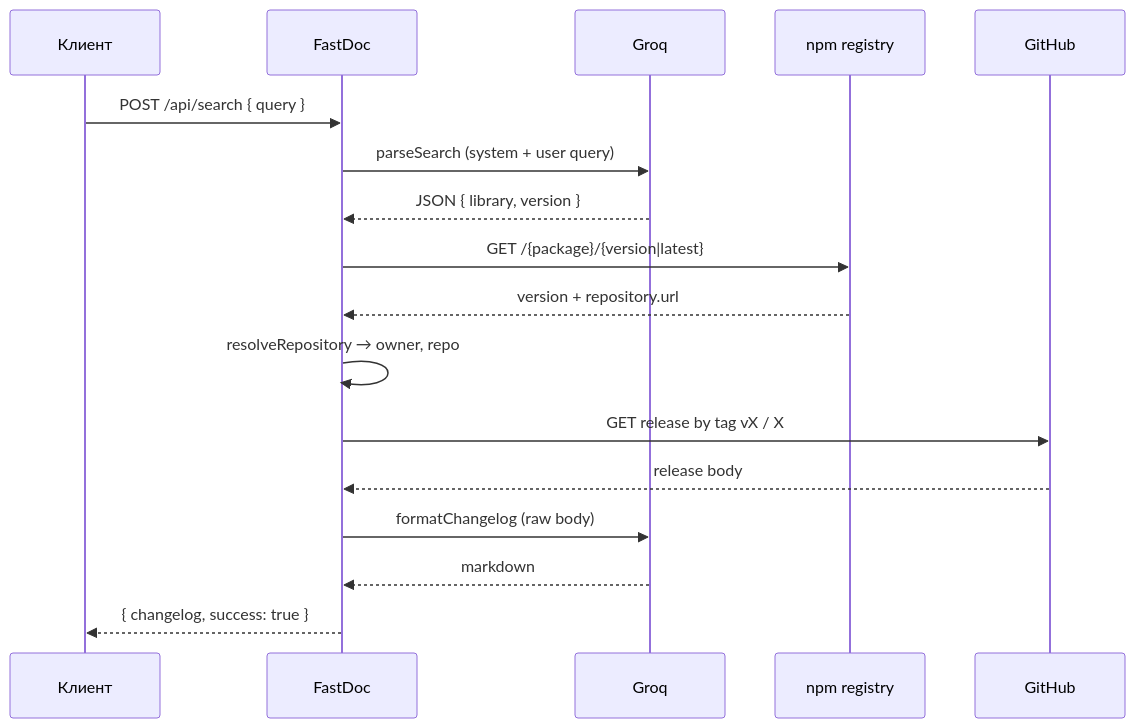
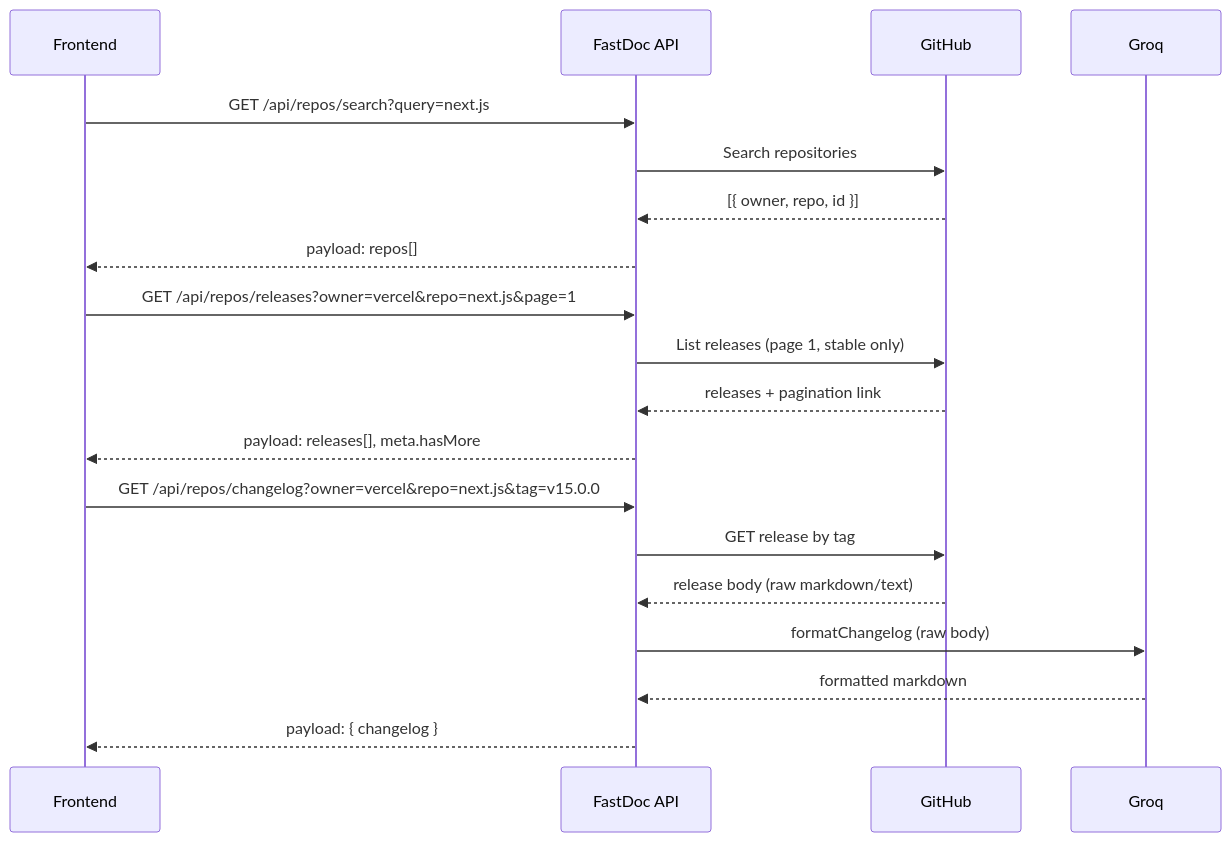
The second of 2 diagrams in README.md (soto0/FastDoc-backend), drawn with Mermaid before and after one commit. The commit also changed other lines of this file and 13 other files, not shown here.

````diff
--- a/README.md
+++ b/README.md
@@ -89,20 +93,24 @@
 ```mermaid
 sequenceDiagram
-    participant C as Клиент
-    participant A as FastDoc
+    participant C as Frontend
+    participant A as FastDoc API
+    participant G as GitHub
     participant Q as Groq
-    participant N as npm registry
-    participant G as GitHub
 
-    C->>A: POST /api/search { query }
-    A->>Q: parseSearch (system + user query)
-    Q-->>A: JSON { library, version }
-    A->>N: GET /{package}/{version|latest}
-    N-->>A: version + repository.url
-    A->>A: resolveRepository → owner, repo
-    A->>G: GET release by tag vX / X
-    G-->>A: release body
+    C->>A: GET /api/repos/search?query=next.js
+    A->>G: Search repositories
+    G-->>A: [{ owner, repo, id }]
+    A-->>C: payload: repos[]
+
+    C->>A: GET /api/repos/releases?owner=vercel&repo=next.js&page=1
+    A->>G: List releases (page 1, stable only)
+    G-->>A: releases + pagination link
+    A-->>C: payload: releases[], meta.hasMore
+
+    C->>A: GET /api/repos/changelog?owner=vercel&repo=next.js&tag=v15.0.0
+    A->>G: GET release by tag
+    G-->>A: release body (raw markdown/text)
     A->>Q: formatChangelog (raw body)
-    Q-->>A: markdown
-    A-->>C: { changelog, success: true }
+    Q-->>A: formatted markdown
+    A-->>C: payload: { changelog }
 ```
````
